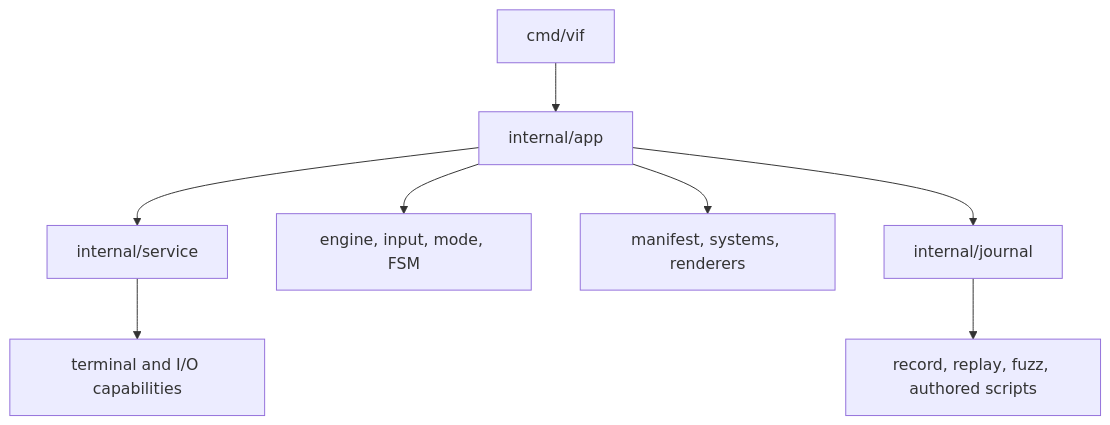
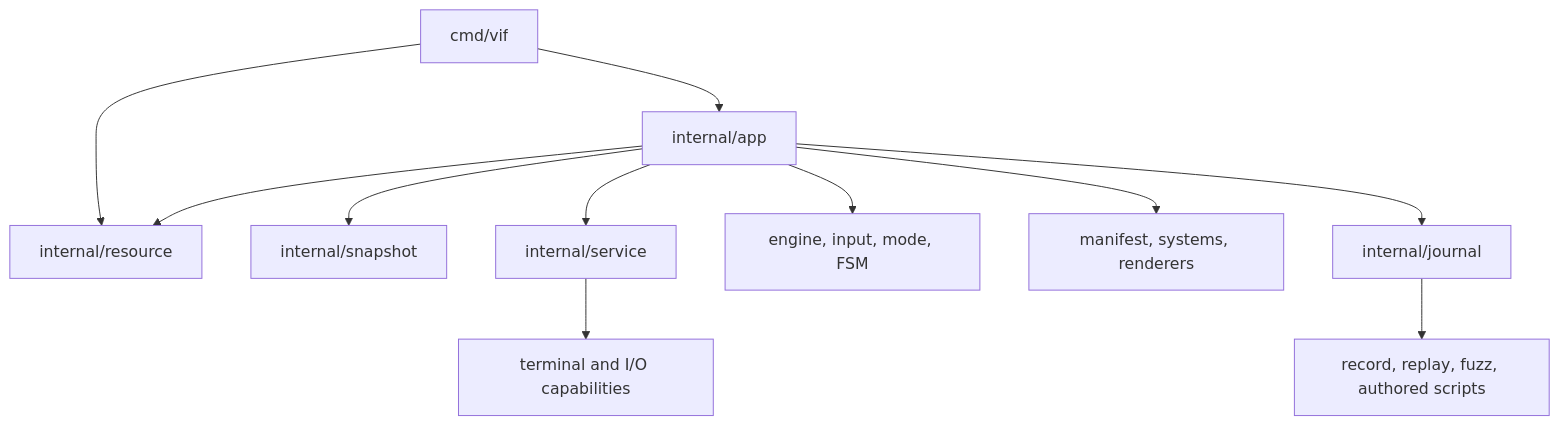
The first of 4 diagrams in doc/package-map.md (lixenwraith/vi-fighter), drawn with Mermaid before and after one commit. The commit also changed other lines of this file and 61 other files, not shown here.

````diff
--- a/doc/package-map.md
+++ b/doc/package-map.md
@@ -9,10 +9,13 @@
 ```mermaid
 flowchart TD
     Vif["cmd/vif"] --> App["internal/app"]
+    Vif --> Resource["internal/resource"]
+    App --> Resource
+    App --> Snapshot["internal/snapshot"]
     App --> Services["internal/service"]
     App --> Runtime["engine, input, mode, FSM"]
     App --> Assembly["manifest, systems, renderers"]
     App --> Journal["internal/journal"]
     Journal --> Streams["record, replay, fuzz, authored scripts"]
     Services --> External["terminal and I/O capabilities"]
 ```
````
